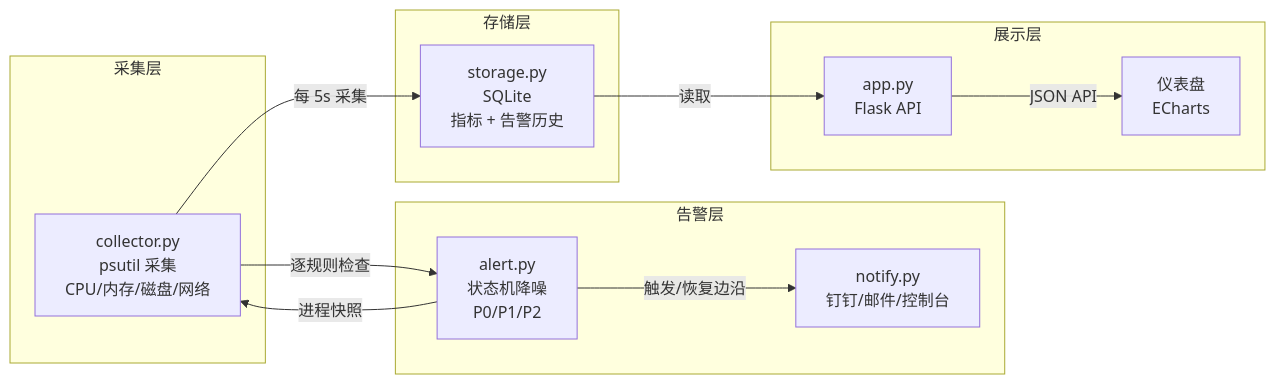
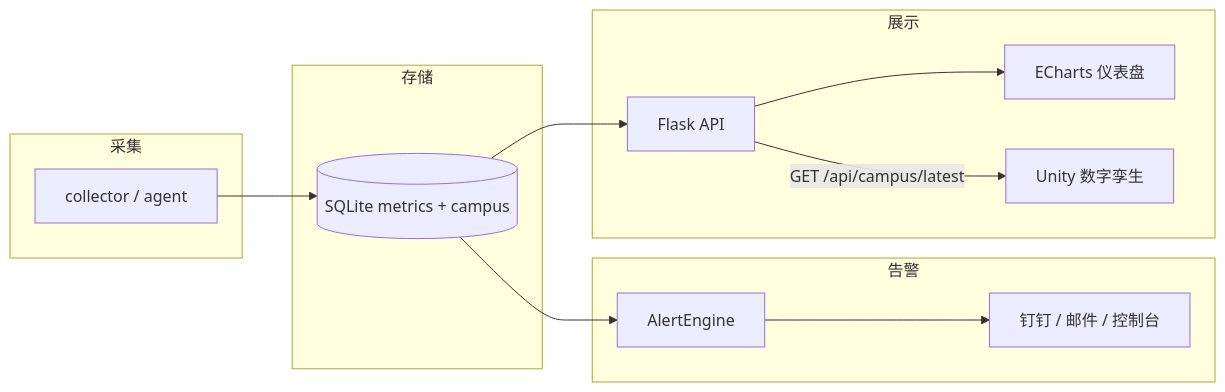
Before and after one commit to tutu-1102/ops-monitor: the diagram in README.md, drawn with Mermaid. The commit also changed other lines of this file, not shown here.

````diff
--- a/README.md
+++ b/README.md
@@ -35,24 +22,21 @@
 ```mermaid
 flowchart LR
-    subgraph 采集层
-        C[collector.py<br/>psutil 采集<br/>CPU/内存/磁盘/网络]
-    end
-    subgraph 存储层
-        S[storage.py<br/>SQLite<br/>指标 + 告警历史]
-    end
-    subgraph 告警层
-        A[alert.py<br/>状态机降噪<br/>P0/P1/P2]
-        N[notify.py<br/>钉钉/邮件/控制台]
-    end
-    subgraph 展示层
-        W[app.py<br/>Flask API]
-        D[仪表盘<br/>ECharts]
-    end
-
-    C -->|每 5s 采集| S
-    C -->|逐规则检查| A
-    A -->|触发/恢复边沿| N
-    A -->|进程快照| C
-    S -->|读取| W
-    W -->|JSON API| D
+  subgraph 采集
+    C[collector / agent]
+  end
+  subgraph 存储
+    S[(SQLite metrics + campus)]
+  end
+  subgraph 告警
+    A[AlertEngine]
+    N[钉钉 / 邮件 / 控制台]
+  end
+  subgraph 展示
+    W[Flask API]
+    D[ECharts 仪表盘]
+    U[Unity 数字孪生]
+  end
+  C --> S --> A --> N
+  S --> W --> D
+  W -->|GET /api/campus/latest| U
 ```
````
